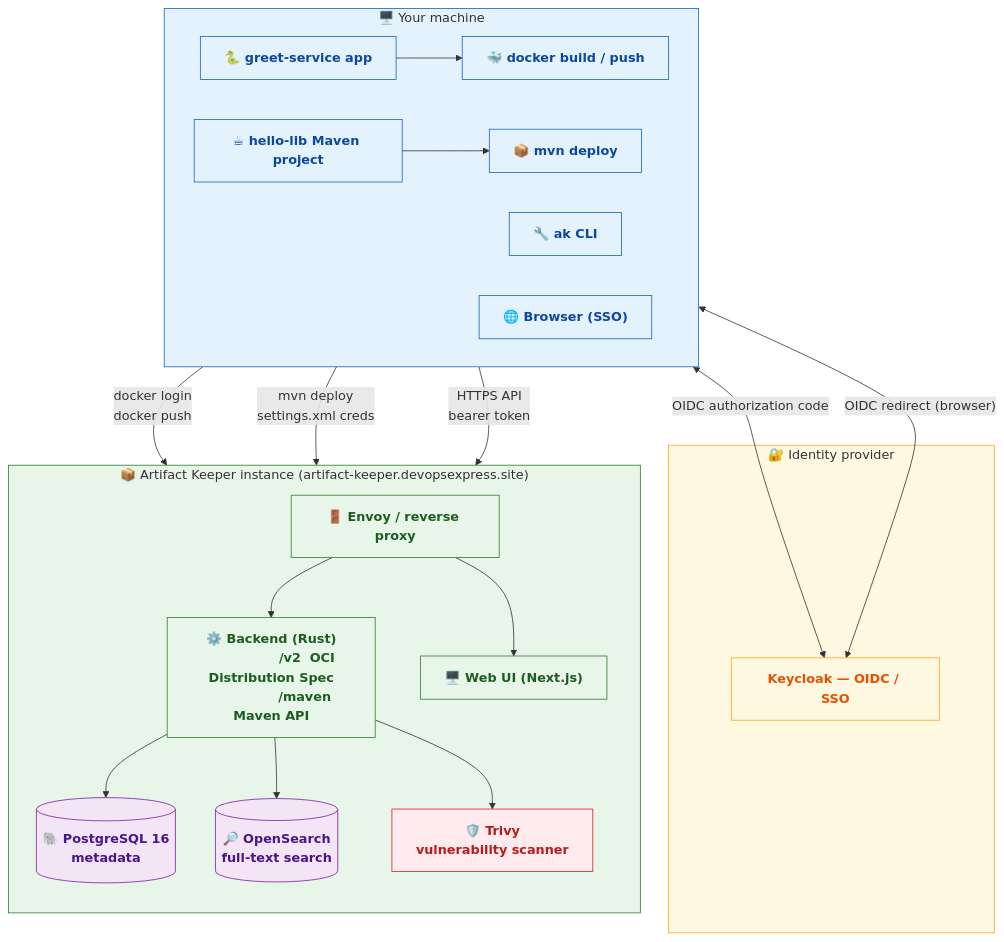
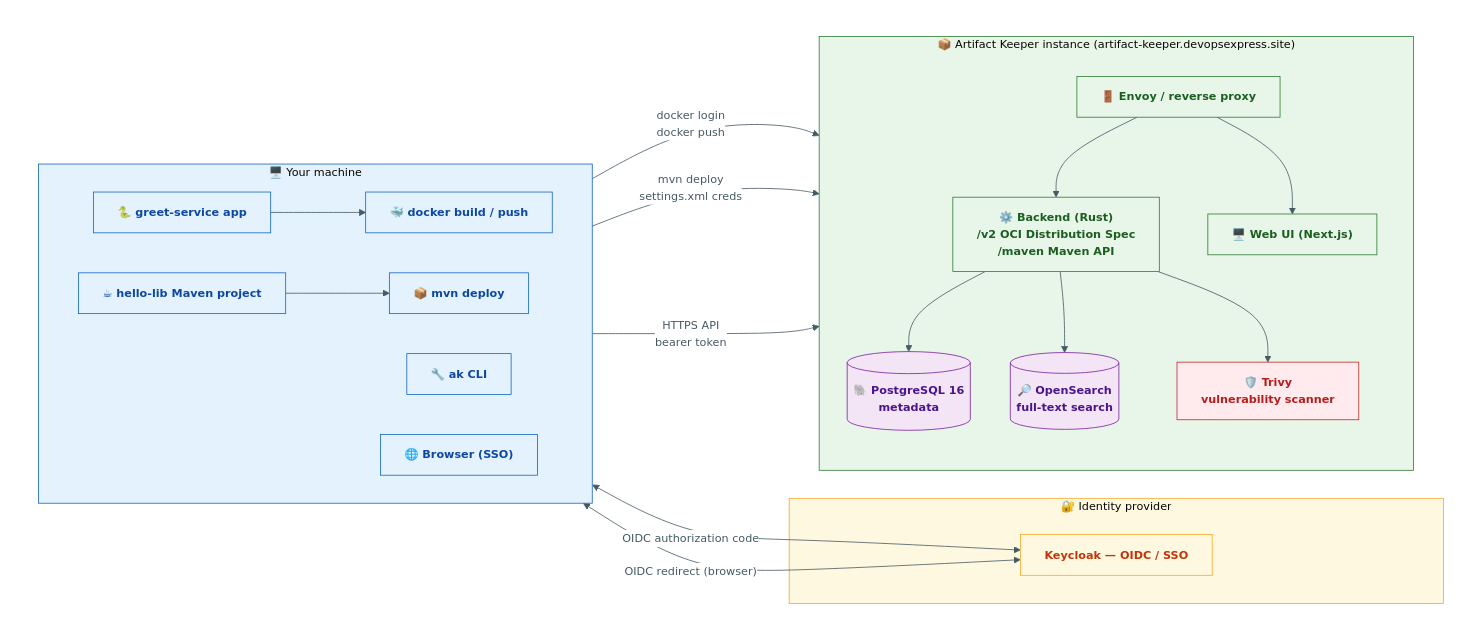
Before and after one commit to Orpere/artifactory-keeper-demo: the diagram in docs/00-overview.md, drawn with Mermaid. The commit also changed 3 other files, not shown here.

First line of the commit message:
Guarantee diagram visibility on any canvas (light/dark mode)

````diff
--- a/docs/00-overview.md
+++ b/docs/00-overview.md
@@ -41,56 +41,62 @@
 ```mermaid
+%%{init: {'theme':'base', 'themeVariables': {'background':'#FFFFFF', 'lineColor':'#455A64', 'textColor':'#263238', 'edgeLabelBackground':'#FFFFFF', 'fontSize':'14px'}}}%%
 flowchart TB
     classDef client  fill:#E3F2FD,stroke:#1565C0,color:#0D47A1,font-weight:bold
-    classDef identity fill:#FFF8E1,stroke:#F9A825,color:#E65100,font-weight:bold
+    classDef identity fill:#FFF8E1,stroke:#F9A825,color:#BF360C,font-weight:bold
     classDef registry fill:#E8F5E9,stroke:#2E7D32,color:#1B5E20,font-weight:bold
     classDef storage  fill:#F3E5F5,stroke:#7B1FA2,color:#4A148C,font-weight:bold
     classDef security fill:#FFEBEE,stroke:#C62828,color:#B71C1C,font-weight:bold
 
-    subgraph Client["🖥️ Your machine"]
+    subgraph W[" "]
+        subgraph Client["🖥️ Your machine"]
         direction LR
         PY["🐍 greet-service app"] --> DOCKER["🐳 docker build / push"]
         JAVA["☕ hello-lib Maven project"] --> MVN["📦 mvn deploy"]
         CLI["🔧 ak CLI"]
         BROWSER["🌐 Browser (SSO)"]
     end
 
     subgraph Identity["🔐 Identity provider"]
         KC["Keycloak — OIDC / SSO"]
     end
 
     subgraph Registry["📦 Artifact Keeper instance (artifact-keeper.devopsexpress.site)"]
         direction TB
         PROXY["🚪 Envoy / reverse proxy"]
         BACKEND["⚙️ Backend (Rust)
                  /v2  OCI Distribution Spec
                  /maven  Maven API"]
         WEB["🖥️ Web UI (Next.js)"]
         PG[("🐘 PostgreSQL 16
              metadata")]
         OS[("🔎 OpenSearch
              full-text search")]
         TRIVY["🛡️ Trivy
                vulnerability scanner"]
         PROXY --> BACKEND & WEB
         BACKEND --> PG & OS & TRIVY
     end
 
     DOCKER -->|"docker login
                docker push"| PROXY
     MVN -->|"mvn deploy
                settings.xml creds"| PROXY
     CLI -->|"HTTPS API
                bearer token"| PROXY
     BROWSER <-->|"OIDC authorization code"| KC
     CLI <-->|"OIDC redirect (browser)"| KC
+    end
 
+    style W fill:#FFFFFF,stroke:none
     style Client fill:#E3F2FD,stroke:#1565C0
     style Identity fill:#FFF8E1,stroke:#F9A825
     style Registry fill:#E8F5E9,stroke:#2E7D32
 
     class PY,DOCKER,JAVA,MVN,CLI,BROWSER client
     class KC identity
     class PROXY,BACKEND,WEB registry
     class PG,OS storage
     class TRIVY security
+
+    linkStyle default stroke:#455A64,color:#455A64
 ```
````
